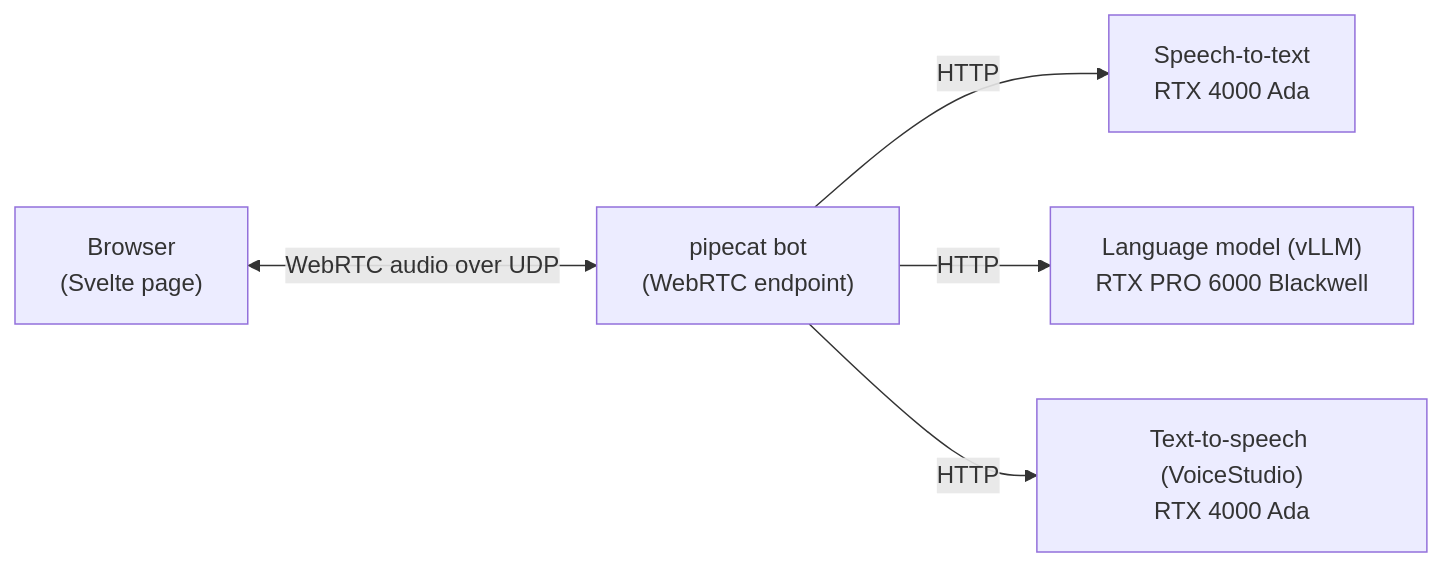
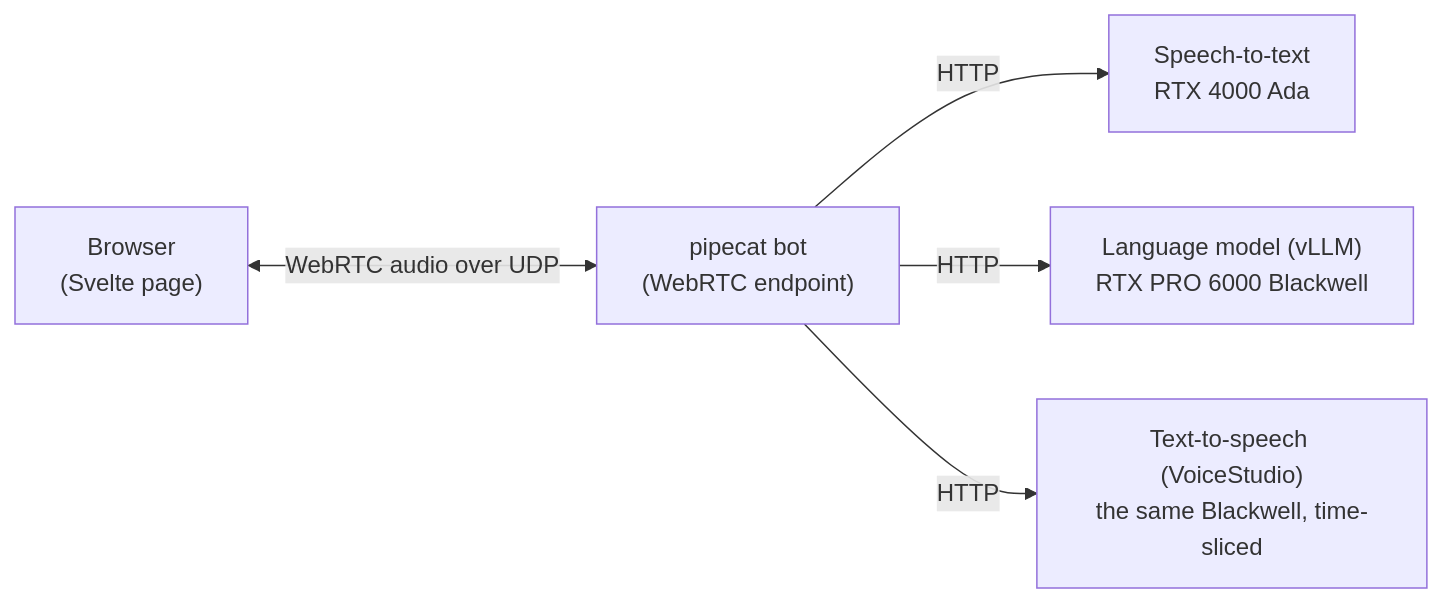
The diagram in docs/design/compute-platform-options.md (akafinch/voice-companion-loop), drawn with Mermaid before and after one commit. The commit also changed other lines of this file and 9 other files, not shown here.

````diff
--- a/docs/design/compute-platform-options.md
+++ b/docs/design/compute-platform-options.md
@@ -66,7 +67,7 @@
 ```mermaid
 flowchart LR
     Browser["Browser<br/>(Svelte page)"] <-->|"WebRTC audio over UDP"| Bot["pipecat bot<br/>(WebRTC endpoint)"]
     Bot -->|HTTP| STT["Speech-to-text<br/>RTX 4000 Ada"]
     Bot -->|HTTP| LLM["Language model (vLLM)<br/>RTX PRO 6000 Blackwell"]
-    Bot -->|HTTP| TTS["Text-to-speech (VoiceStudio)<br/>RTX 4000 Ada"]
+    Bot -->|HTTP| TTS["Text-to-speech (VoiceStudio)<br/>the same Blackwell, time-sliced"]
 ```
````
